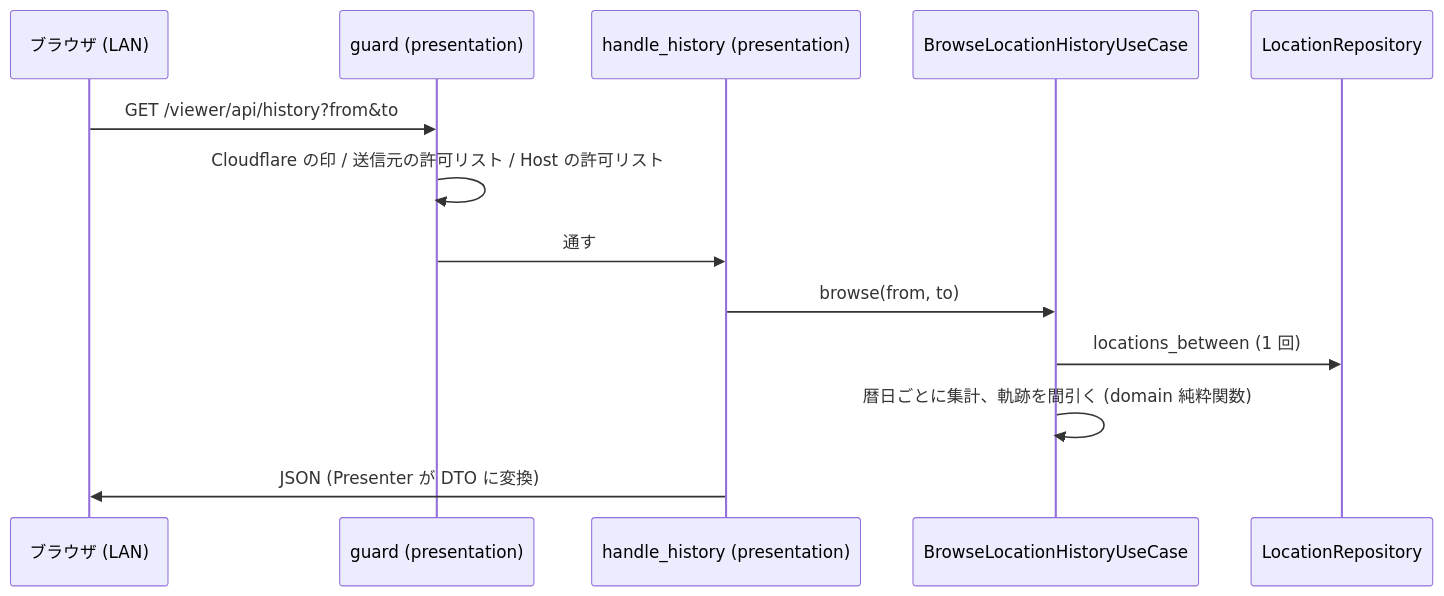
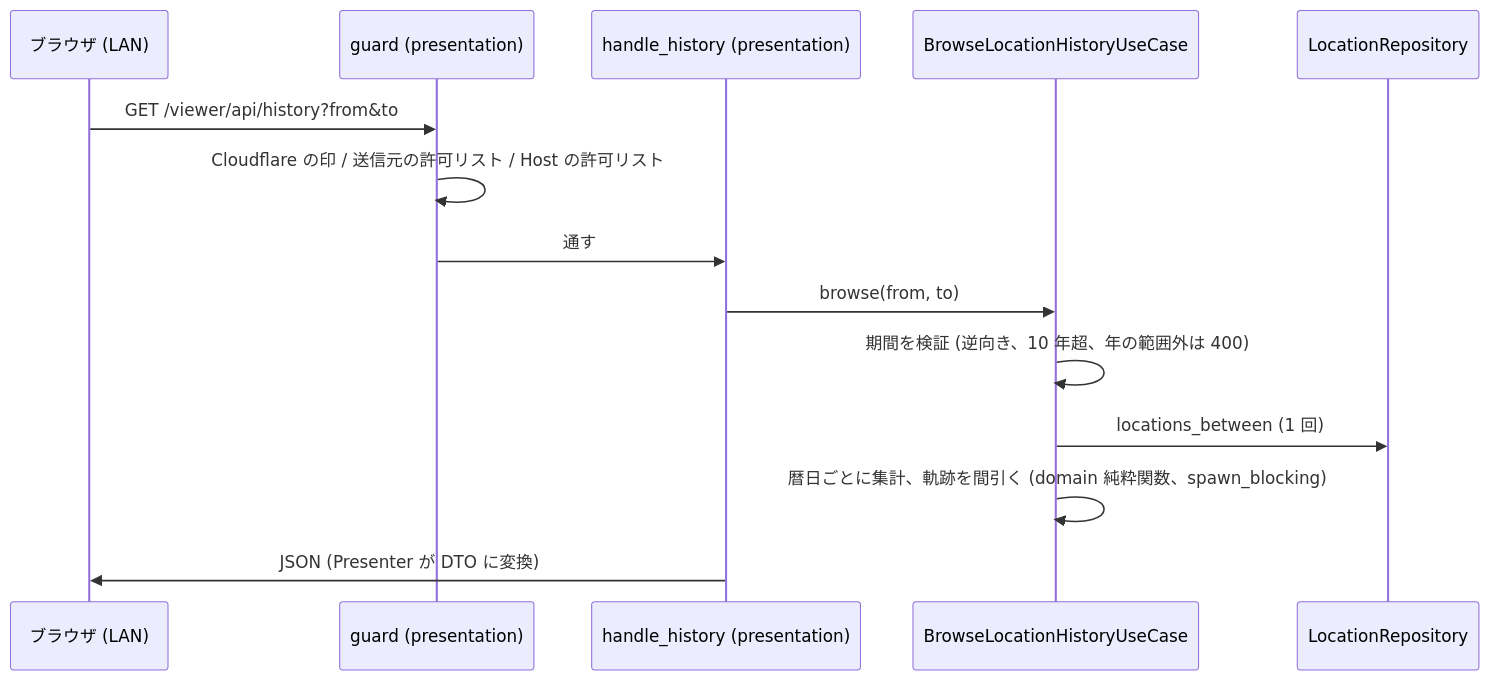
The fifth of 5 diagrams in docs/architecture.md (ekuinox/kgd), drawn with Mermaid before and after one commit. The commit also changed other lines of this file and 34 other files, not shown here.

````diff
--- a/docs/architecture.md
+++ b/docs/architecture.md
@@ -166,16 +172,17 @@
 ```mermaid
 sequenceDiagram
     participant B as ブラウザ (LAN)
     participant G as guard (presentation)
     participant A as handle_history (presentation)
     participant U as BrowseLocationHistoryUseCase
     participant R as LocationRepository
 
     B->>G: GET /viewer/api/history?from&to
     G->>G: Cloudflare の印 / 送信元の許可リスト / Host の許可リスト
     G->>A: 通す
     A->>U: browse(from, to)
+    U->>U: 期間を検証 (逆向き、10 年超、年の範囲外は 400)
     U->>R: locations_between (1 回)
-    U->>U: 暦日ごとに集計、軌跡を間引く (domain 純粋関数)
+    U->>U: 暦日ごとに集計、軌跡を間引く (domain 純粋関数、spawn_blocking)
     A->>B: JSON (Presenter が DTO に変換)
 ```
````
